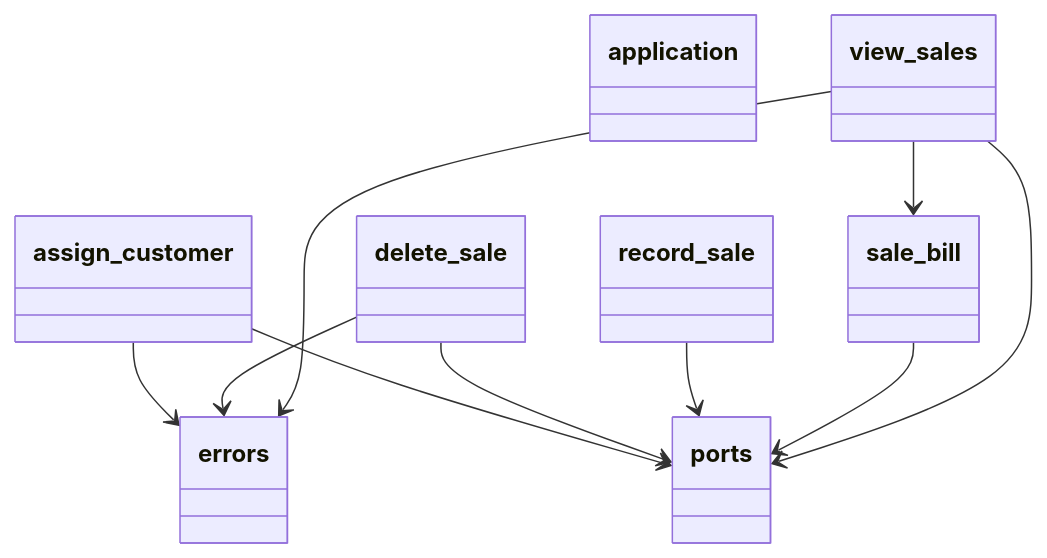
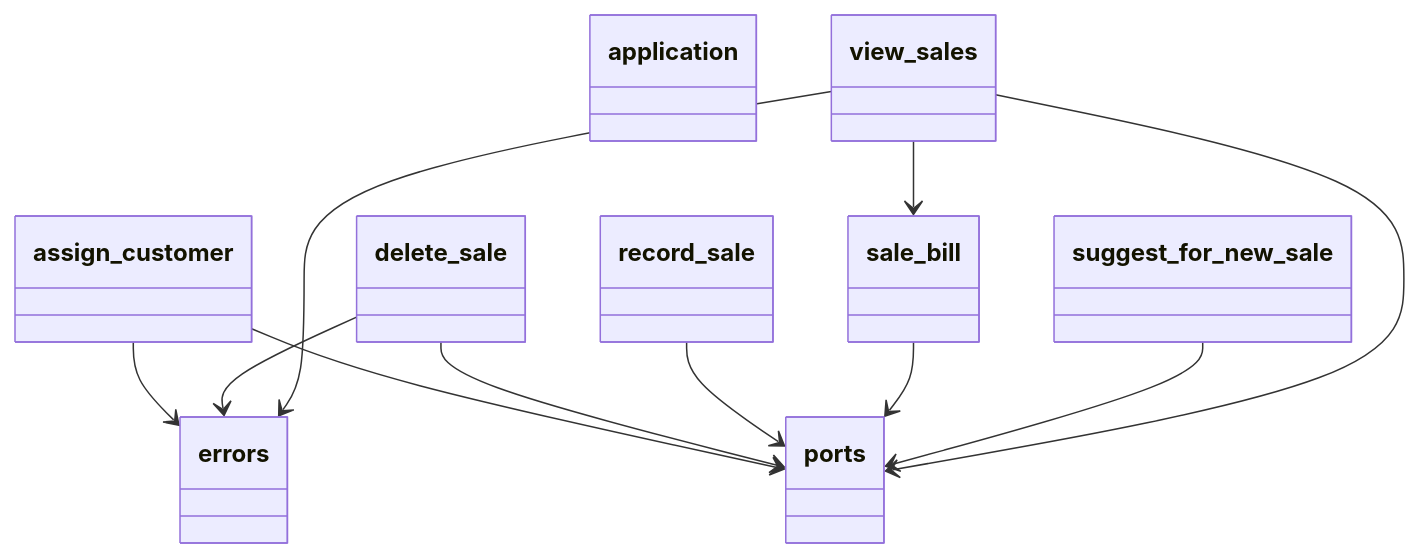
One commit to GonzaloZevallos/apostrophe changed the second of 6 diagrams in docs/architecture/generated/classes/sales.md. Above: the diagram before and after it, drawn with Mermaid. The commit also changed other lines of this file and 4 other files, not shown here.

````diff
--- a/docs/architecture/generated/classes/sales.md
+++ b/docs/architecture/generated/classes/sales.md
@@ -27,28 +27,31 @@
 ```mermaid
 classDiagram
   class application {
   }
   class assign_customer {
   }
   class delete_sale {
   }
   class errors {
   }
   class ports {
   }
   class record_sale {
   }
   class sale_bill {
   }
+  class suggest_for_new_sale {
+  }
   class view_sales {
   }
   assign_customer --> errors
   assign_customer --> ports
   delete_sale --> errors
   delete_sale --> ports
   record_sale --> ports
   sale_bill --> ports
+  suggest_for_new_sale --> ports
   view_sales --> errors
   view_sales --> ports
   view_sales --> sale_bill
 ```
````
